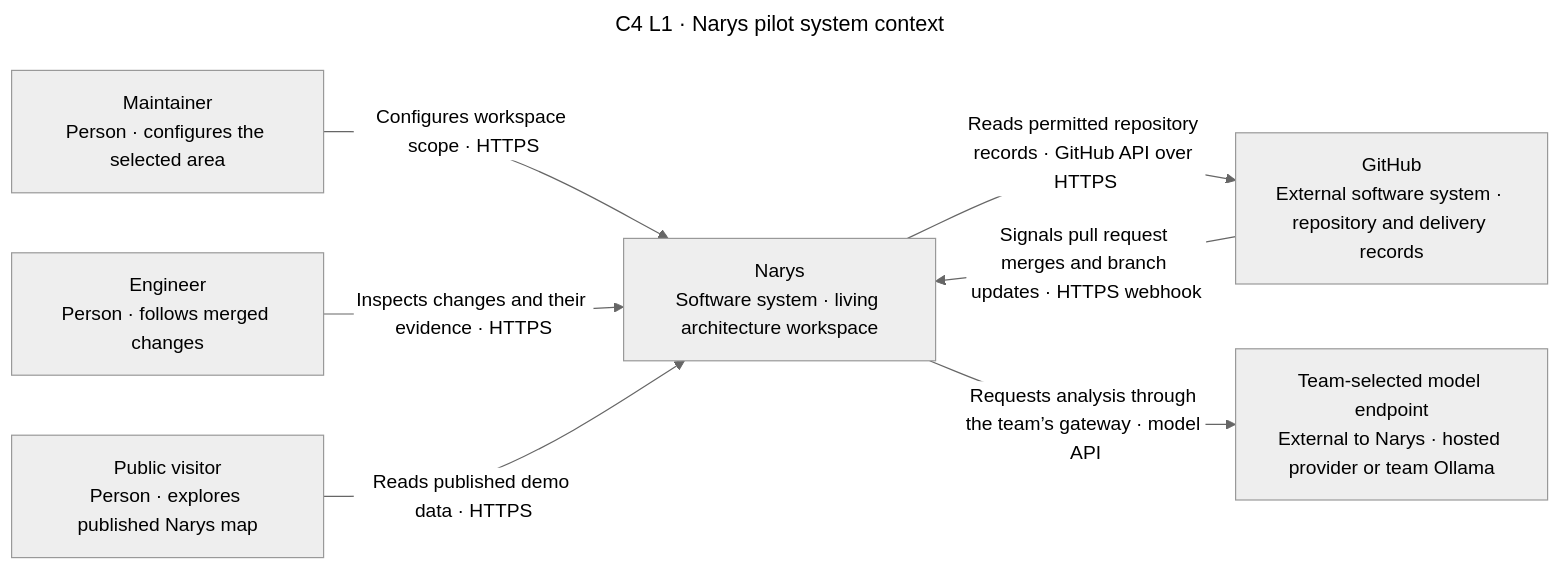
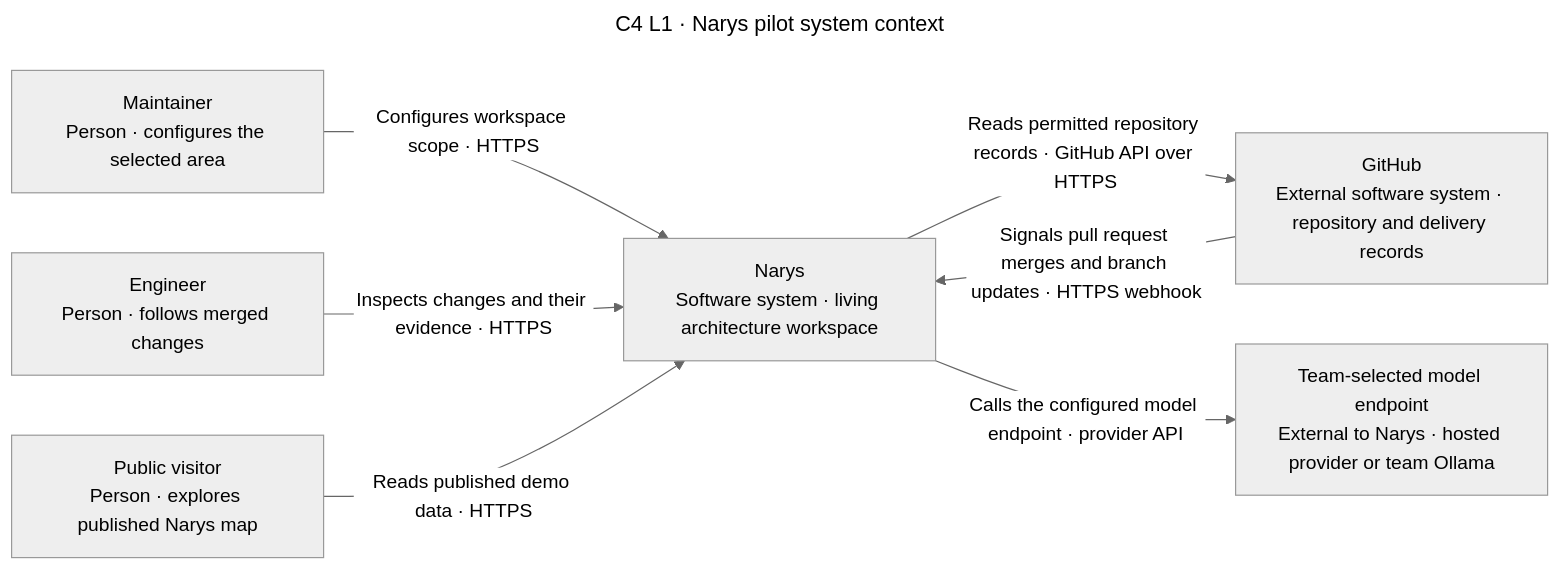
Before and after one commit to matejpalenik/narys: the first of 2 diagrams in ARCHITECTURE.md, drawn with Mermaid (neutral theme). The commit also changed other lines of this file and 172 other files, not shown here.

````diff
--- a/ARCHITECTURE.md
+++ b/ARCHITECTURE.md
@@ -30,18 +30,18 @@
 ```mermaid
 ---
 title: C4 L1 · Narys pilot system context
 ---
 flowchart LR
     maintainer["Maintainer<br/>Person · configures the selected area"]
     engineer["Engineer<br/>Person · follows merged changes"]
     visitor["Public visitor<br/>Person · explores published Narys map"]
     narys["Narys<br/>Software system · living architecture workspace"]
     github["GitHub<br/>External software system · repository and delivery records"]
     model["Team-selected model endpoint<br/>External to Narys · hosted provider or team Ollama"]
     maintainer -->|"Configures workspace scope · HTTPS"| narys
     engineer -->|"Inspects changes and their evidence · HTTPS"| narys
     visitor -->|"Reads published demo data · HTTPS"| narys
     narys -->|"Reads permitted repository records · GitHub API over HTTPS"| github
     github -->|"Signals pull request merges and branch updates · HTTPS webhook"| narys
-    narys -->|"Requests analysis through the team’s gateway · model API"| model
+    narys -->|"Calls the configured model endpoint · provider API"| model
 ```
````
